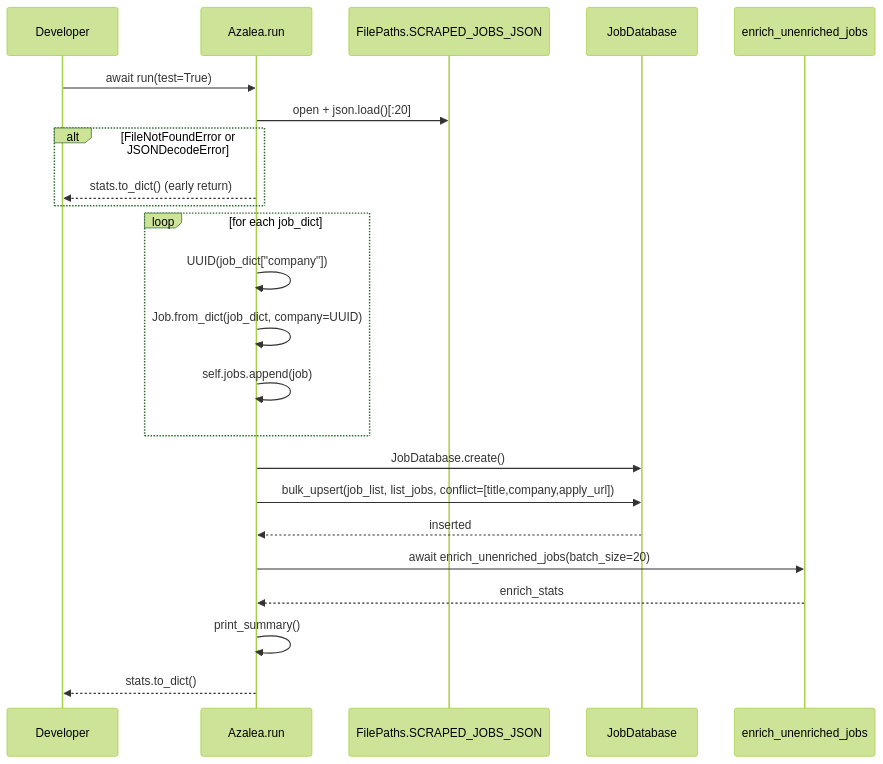
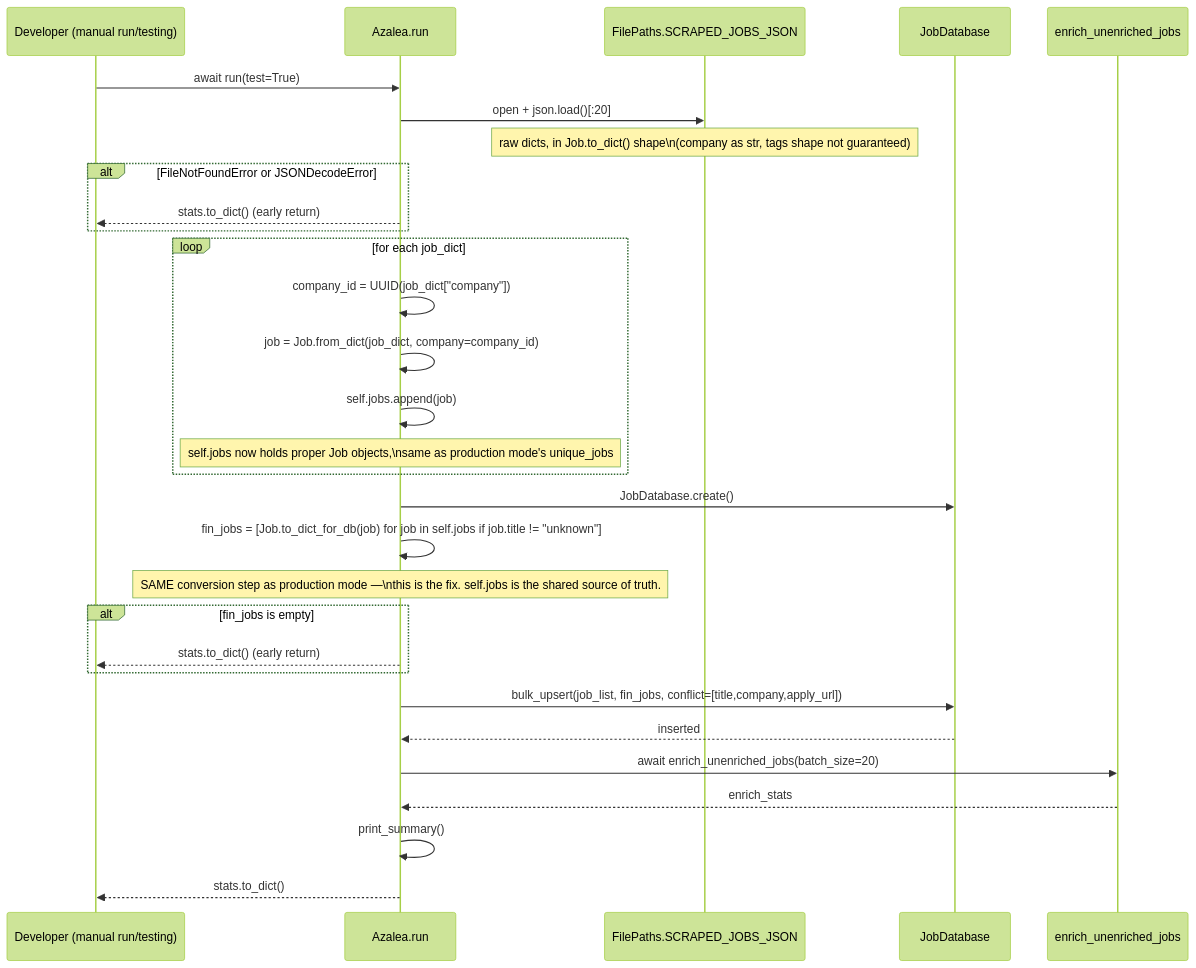
One commit to AustinDwomoh/libra changed the fifth of 5 diagrams in docs/diagrams/azalea_seq.md. Above: the diagram before and after it, drawn with Mermaid (forest theme). The commit also changed other lines of this file and 6 other files, not shown here.

````diff
--- a/docs/diagrams/azalea_seq.md
+++ b/docs/diagrams/azalea_seq.md
@@ -132,33 +141,47 @@
 ```mermaid
-%% sequenceDiagram — run() test mode (JSON load → DB → enrich)
+%% sequenceDiagram — run() TEST mode (test=True): JSON load → self.jobs → DB → enrich
+%% Used for iterating on enrichment logic without re-hitting scrape sources.
+%% FIXED: previously this path inserted raw, unconverted JSON dicts (missing
+%% UUID/tags normalization) instead of going through to_dict_for_db() like
+%% production mode did. Both modes now share the same fin_jobs conversion step.
 sequenceDiagram
-    participant Dev as Developer
+    participant Dev as Developer (manual run/testing)
     participant Az as Azalea.run
     participant FS as FilePaths.SCRAPED_JOBS_JSON
     participant DB as JobDatabase
     participant Enrich as enrich_unenriched_jobs
 
     Dev->>Az: await run(test=True)
 
     Az->>FS: open + json.load()[:20]
+    Note over FS: raw dicts, in Job.to_dict() shape\n(company as str, tags shape not guaranteed)
+
     alt FileNotFoundError or JSONDecodeError
         Az-->>Dev: stats.to_dict() (early return)
     end
 
     loop for each job_dict
-        Az->>Az: UUID(job_dict["company"])
-        Az->>Az: Job.from_dict(job_dict, company=UUID)
+        Az->>Az: company_id = UUID(job_dict["company"])
+        Az->>Az: job = Job.from_dict(job_dict, company=company_id)
         Az->>Az: self.jobs.append(job)
+        Note over Az: self.jobs now holds proper Job objects,\nsame as production mode's unique_jobs
     end
 
     Az->>DB: JobDatabase.create()
-    Az->>DB: bulk_upsert(job_list, list_jobs, conflict=[title,company,apply_url])
+    Az->>Az: fin_jobs = [Job.to_dict_for_db(job) for job in self.jobs if job.title != "unknown"]
+    Note over Az: SAME conversion step as production mode —\nthis is the fix. self.jobs is the shared source of truth.
+
+    alt fin_jobs is empty
+        Az-->>Dev: stats.to_dict() (early return)
+    end
+
+    Az->>DB: bulk_upsert(job_list, fin_jobs, conflict=[title,company,apply_url])
     DB-->>Az: inserted
 
     Az->>Enrich: await enrich_unenriched_jobs(batch_size=20)
     Enrich-->>Az: enrich_stats
 
     Az->>Az: print_summary()
     Az-->>Dev: stats.to_dict()
 
 ```
````
